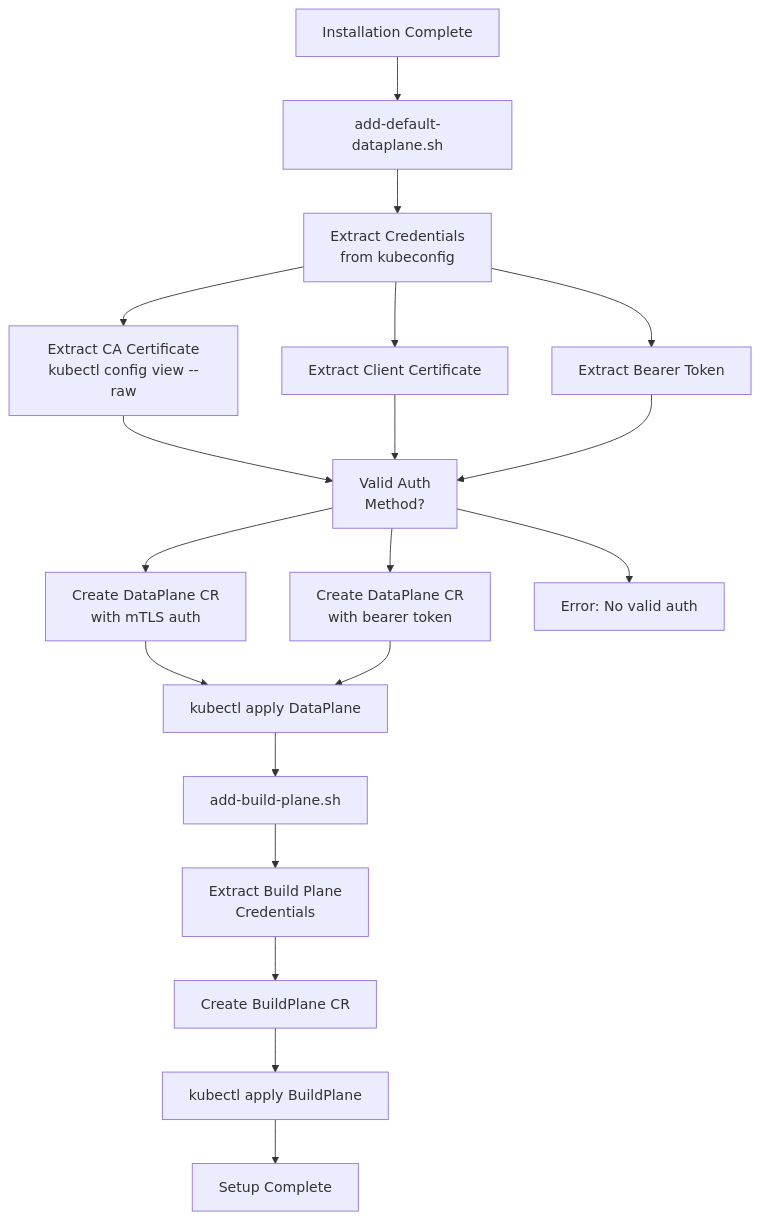
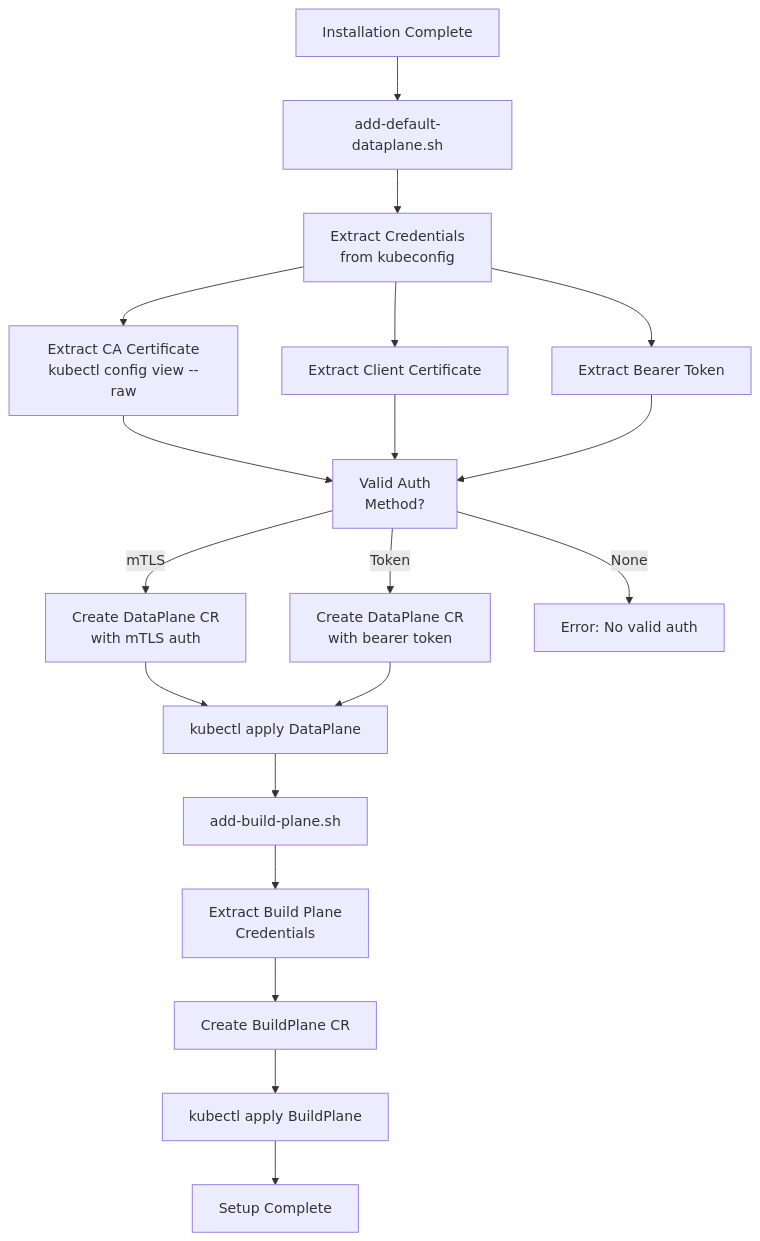
Before and after one commit to openchoreo/openchoreo: the fourth of 5 diagrams in docs/deepwiki/Installation-and-Setup.md, drawn with Mermaid. The commit also changed other lines of this file and 85 other files, not shown here.

Commit message:
feat: Add new workflow and specification templates, update Helm chart dependencies, and clarify documentation diagrams.

````diff
--- a/docs/deepwiki/Installation-and-Setup.md
+++ b/docs/deepwiki/Installation-and-Setup.md
@@ -357,39 +357,39 @@
 ```mermaid
 flowchart TD
 
 InstallComplete["Installation Complete"]
 AddDataPlane["add-default-dataplane.sh"]
 ExtractCreds["Extract Credentials<br>from kubeconfig"]
 ExtractCA["Extract CA Certificate<br>kubectl config view --raw"]
 ExtractClientCert["Extract Client Certificate"]
 ExtractToken["Extract Bearer Token"]
 ValidateAuth["Valid Auth<br>Method?"]
 CreateDPmTLS["Create DataPlane CR<br>with mTLS auth"]
 CreateDPToken["Create DataPlane CR<br>with bearer token"]
 Error["Error: No valid auth"]
 ApplyDP["kubectl apply DataPlane"]
 AddBuildPlane["add-build-plane.sh"]
 ExtractBPCreds["Extract Build Plane<br>Credentials"]
 CreateBP["Create BuildPlane CR"]
 ApplyBP["kubectl apply BuildPlane"]
 SetupComplete["Setup Complete"]
 
 InstallComplete --> AddDataPlane
 AddDataPlane --> ExtractCreds
 ExtractCreds --> ExtractCA
 ExtractCreds --> ExtractClientCert
 ExtractCreds --> ExtractToken
 ExtractCA --> ValidateAuth
 ExtractClientCert --> ValidateAuth
 ExtractToken --> ValidateAuth
-ValidateAuth --> CreateDPmTLS
-ValidateAuth --> CreateDPToken
-ValidateAuth --> Error
+ValidateAuth -->|"mTLS"| CreateDPmTLS
+ValidateAuth -->|"Token"| CreateDPToken
+ValidateAuth -->|"None"| Error
 CreateDPmTLS --> ApplyDP
 CreateDPToken --> ApplyDP
 ApplyDP --> AddBuildPlane
 AddBuildPlane --> ExtractBPCreds
 ExtractBPCreds --> CreateBP
 CreateBP --> ApplyBP
 ApplyBP --> SetupComplete
 ```
````
